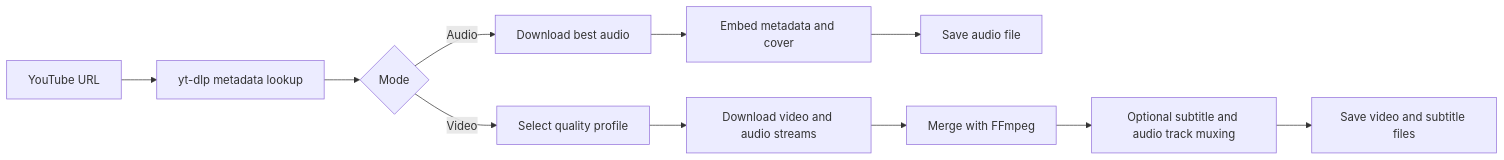
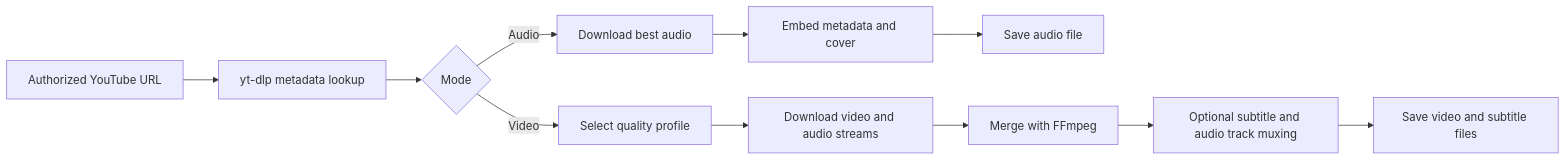
One commit to hojin-v/YTET changed the first of 2 diagrams in README.md. Above: the diagram before and after it, drawn with Mermaid. The commit also changed other lines of this file, not shown here.

````diff
--- a/README.md
+++ b/README.md
@@ -121,13 +121,13 @@
 ```mermaid
 flowchart LR
-    A[YouTube URL] --> B[yt-dlp metadata lookup]
+    A[Authorized YouTube URL] --> B[yt-dlp metadata lookup]
     B --> C{Mode}
     C -->|Audio| D[Download best audio]
     D --> E[Embed metadata and cover]
     E --> F[Save audio file]
     C -->|Video| G[Select quality profile]
     G --> H[Download video and audio streams]
     H --> I[Merge with FFmpeg]
     I --> J[Optional subtitle and audio track muxing]
     J --> K[Save video and subtitle files]
 ```
````
